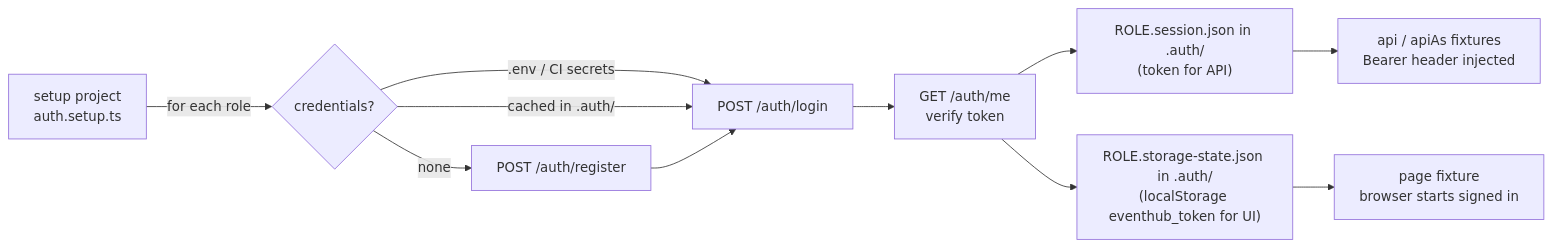
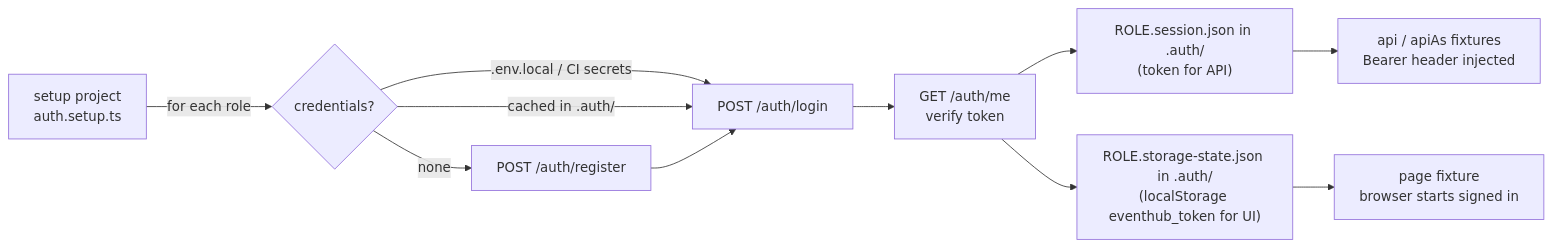
One commit to Heba2h/eventhub-qa-automation changed the second of 3 diagrams in README.md. Above: the diagram before and after it, drawn with Mermaid. The commit also changed other lines of this file and 6 other files, not shown here.

````diff
--- a/README.md
+++ b/README.md
@@ -308,12 +159,12 @@
 ```mermaid
 flowchart LR
   A[setup project<br/>auth.setup.ts] -->|for each role| B{credentials?}
-  B -->|.env / CI secrets| C[POST /auth/login]
+  B -->|.env.local / CI secrets| C[POST /auth/login]
   B -->|cached in .auth/| C
   B -->|none| D[POST /auth/register] --> C
   C --> E[GET /auth/me<br/>verify token]
   E --> F["ROLE.session.json in .auth/<br/>(token for API)"]
   E --> G["ROLE.storage-state.json in .auth/<br/>(localStorage eventhub_token for UI)"]
   F --> H[api / apiAs fixtures<br/>Bearer header injected]
   G --> I[page fixture<br/>browser starts signed in]
 ```
````
